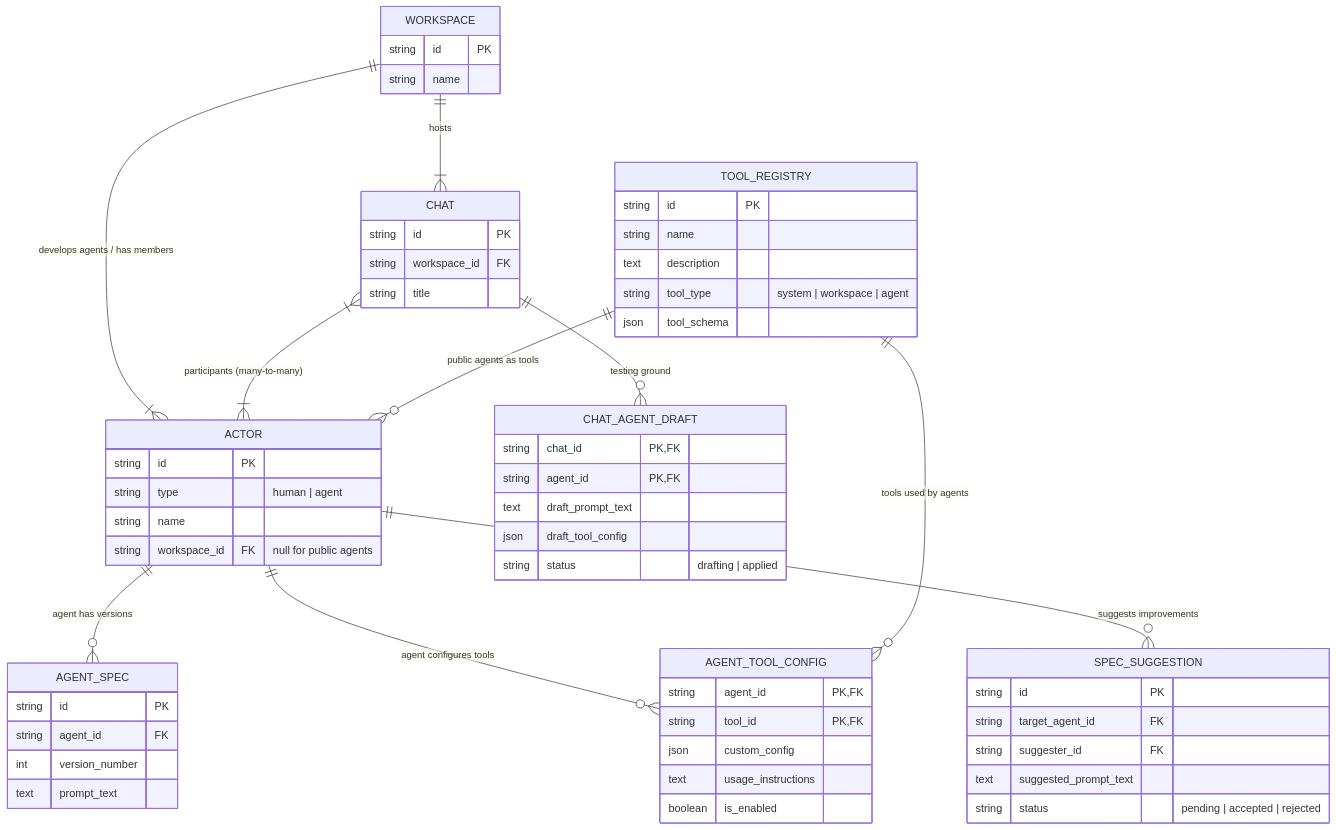
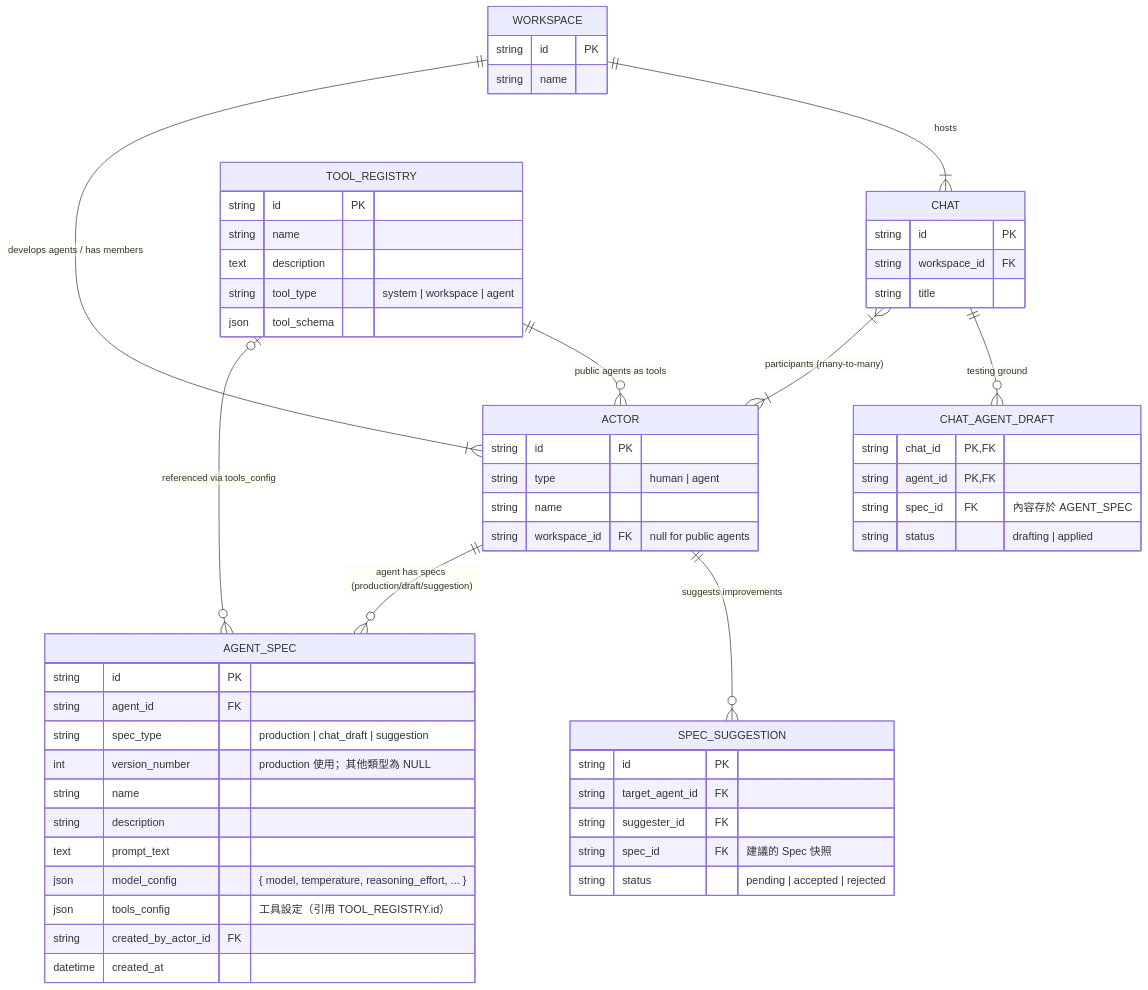
Before and after one commit to zhowzeng/v2-design-doc: the first of 8 diagrams in design_doc.md, drawn with Mermaid. The commit also changed other lines of this file, not shown here.

Commit message:
更新設計文件，擴充 AGENT_SPEC 結構，新增 spec_type、name、description、model_config 和 tools_config 欄位，並調整 CHAT_AGENT_DRAFT 和 SPEC_SUGGESTION 的關聯，強化版本管理與草稿機制

````diff
--- a/design_doc.md
+++ b/design_doc.md
@@ -35,74 +35,71 @@
 ```mermaid
 erDiagram
     %% 核心實體
     WORKSPACE {
         string id PK
         string name
     }
     
     ACTOR {
         string id PK
         string type "human | agent"
         string name
         string workspace_id FK "null for public agents"
     }
     
     CHAT {
         string id PK
         string workspace_id FK
         string title
     }
     
-    %% Agent 專用
+    %% Agent 專用（完整快照 Spec）
     AGENT_SPEC {
         string id PK
         string agent_id FK
-        int version_number
+        string spec_type "production | chat_draft | suggestion"
+        int version_number "production 使用；其他類型為 NULL"
+        string name
+        string description
         text prompt_text
+        json model_config "{ model, temperature, reasoning_effort, ... }"
+        json tools_config "工具設定（引用 TOOL_REGISTRY.id）"
+        string created_by_actor_id FK
+        datetime created_at
     }
     
     %% Tool 系統
     TOOL_REGISTRY {
         string id PK
         string name
         text description
         string tool_type "system | workspace | agent"
         json tool_schema
     }
     
-    AGENT_TOOL_CONFIG {
-        string agent_id PK, FK
-        string tool_id PK, FK
-        json custom_config
-        text usage_instructions
-        boolean is_enabled
-    }
-    
     %% 協作機制
     CHAT_AGENT_DRAFT {
         string chat_id PK, FK
         string agent_id PK, FK
-        text draft_prompt_text
-        json draft_tool_config
+        string spec_id FK "內容存於 AGENT_SPEC"
         string status "drafting | applied"
     }
     
     SPEC_SUGGESTION {
         string id PK
         string target_agent_id FK
         string suggester_id FK
-        text suggested_prompt_text
+        string spec_id FK "建議的 Spec 快照"
         string status "pending | accepted | rejected"
     }
 
     %% 關係
     WORKSPACE ||--|{ ACTOR : "develops agents / has members"
     WORKSPACE ||--|{ CHAT : "hosts"
     CHAT }|--|{ ACTOR : "participants (many-to-many)"
-    ACTOR ||--o{ AGENT_SPEC : "agent has versions"
-    ACTOR ||--o{ AGENT_TOOL_CONFIG : "agent configures tools"
-    TOOL_REGISTRY ||--o{ AGENT_TOOL_CONFIG : "tools used by agents"
+    ACTOR ||--o{ AGENT_SPEC : "agent has specs (production/draft/suggestion)"
+    TOOL_REGISTRY |o--o{ AGENT_SPEC : "referenced via tools_config"
     TOOL_REGISTRY ||--o{ ACTOR : "public agents as tools"
     CHAT ||--o{ CHAT_AGENT_DRAFT : "testing ground"
     ACTOR ||--o{ SPEC_SUGGESTION : "suggests improvements"
 ```
````
